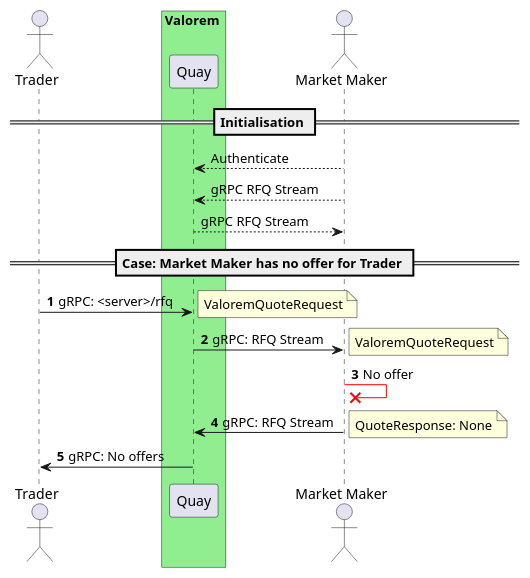
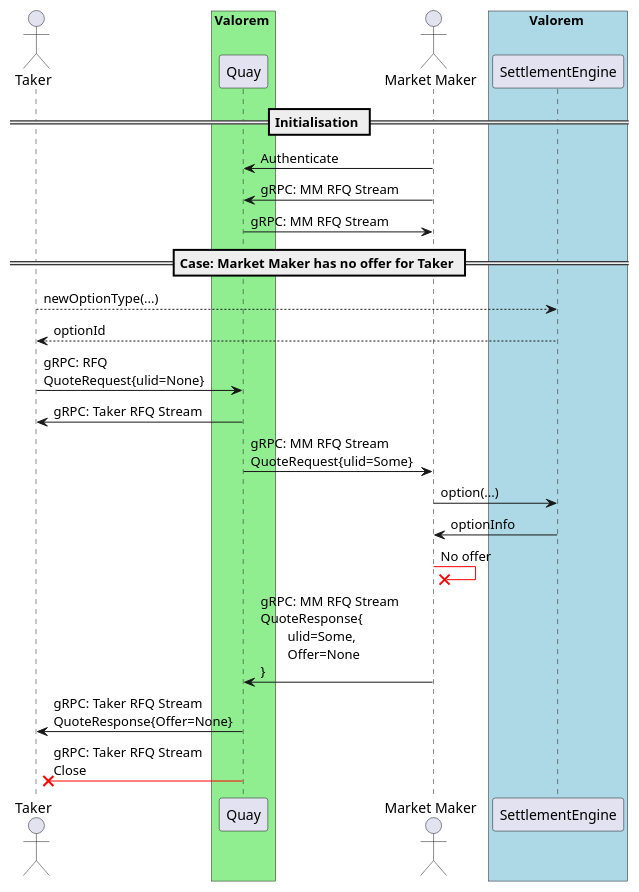
One commit to prince777-k/quay changed the diagram in docs/diagrams/mm_no_offer.pu. Above: the diagram before and after it, drawn with PlantUML. The commit also changed 10 other files, not shown here.

Commit message:
Docs updates for new maker/taker RFQ flow

```diff
--- a/docs/diagrams/mm_no_offer.pu
+++ b/docs/diagrams/mm_no_offer.pu
@@ -1,30 +1,29 @@
 @startuml
 
-actor Trader
+actor Taker
 box Valorem #LightGreen
 participant Quay
 end box
 actor "Market Maker" as MM
+box Valorem #LightBlue
+participant SettlementEngine as SE
+end box
 
 == Initialisation ==
-MM --> Quay: Authenticate
-MM --> Quay: gRPC RFQ Stream
-Quay --> MM: gRPC RFQ Stream
+MM -> Quay: Authenticate
+MM -> Quay: gRPC: MM RFQ Stream
+Quay -> MM: gRPC: MM RFQ Stream
 
-== Case: Market Maker has no offer for Trader ==
-autonumber
-Trader -> Quay: gRPC: <server>/rfq
-note right
-ValoremQuoteRequest
-end note
-Quay -> MM: gRPC: RFQ Stream
-note right
-ValoremQuoteRequest
-end note
+== Case: Market Maker has no offer for Taker ==
+Taker --> SE: newOptionType(...)
+SE --> Taker: optionId
+Taker -> Quay: gRPC: RFQ\nQuoteRequest{ulid=None}
+Quay -> Taker: gRPC: Taker RFQ Stream
+Quay -> MM: gRPC: MM RFQ Stream\nQuoteRequest{ulid=Some}
+MM -> SE: option(...)
+SE -> MM: optionInfo
 MM -[#red]x MM: No offer
-MM -> Quay: gRPC: RFQ Stream
-note right
-QuoteResponse: None
-end note
-Quay -> Trader: gRPC: No offers
+MM -> Quay: gRPC: MM RFQ Stream\nQuoteResponse{\n\tulid=Some,\n\tOffer=None\n}
+Quay -> Taker: gRPC: Taker RFQ Stream\nQuoteResponse{Offer=None}
+Quay -[#red]X Taker: gRPC: Taker RFQ Stream\nClose
 @enduml
```
